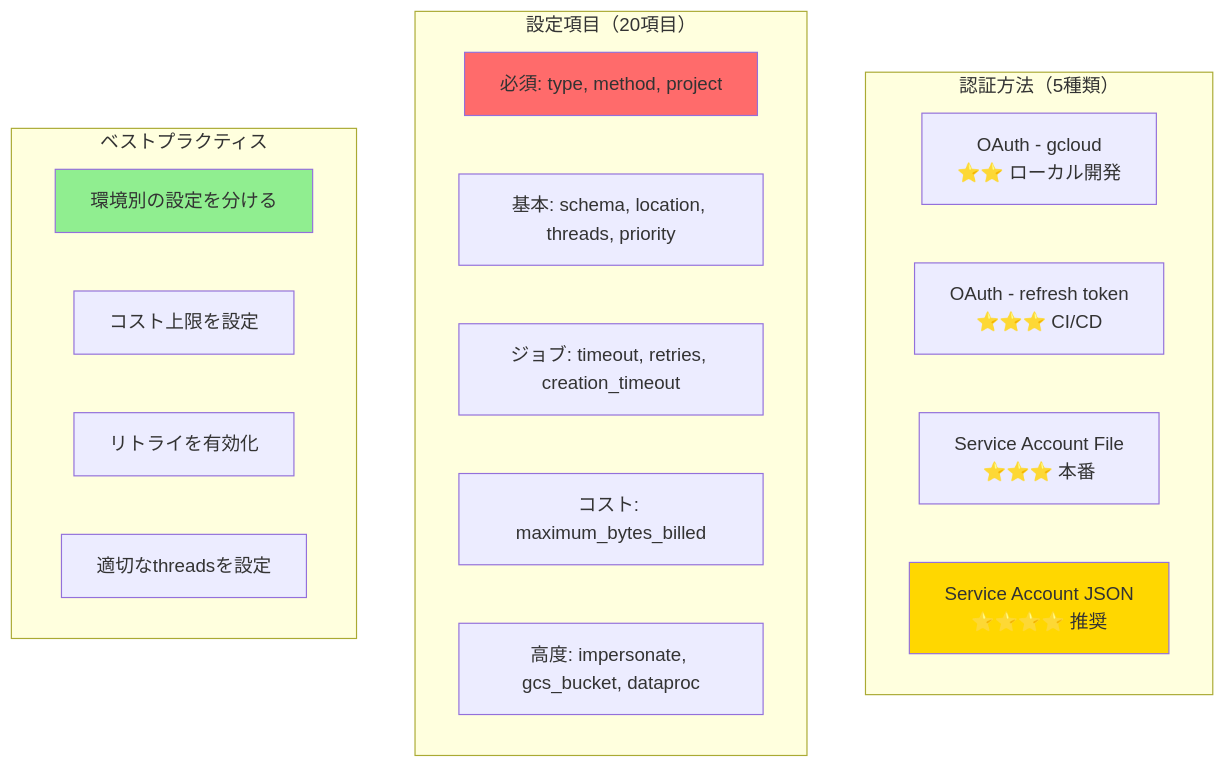
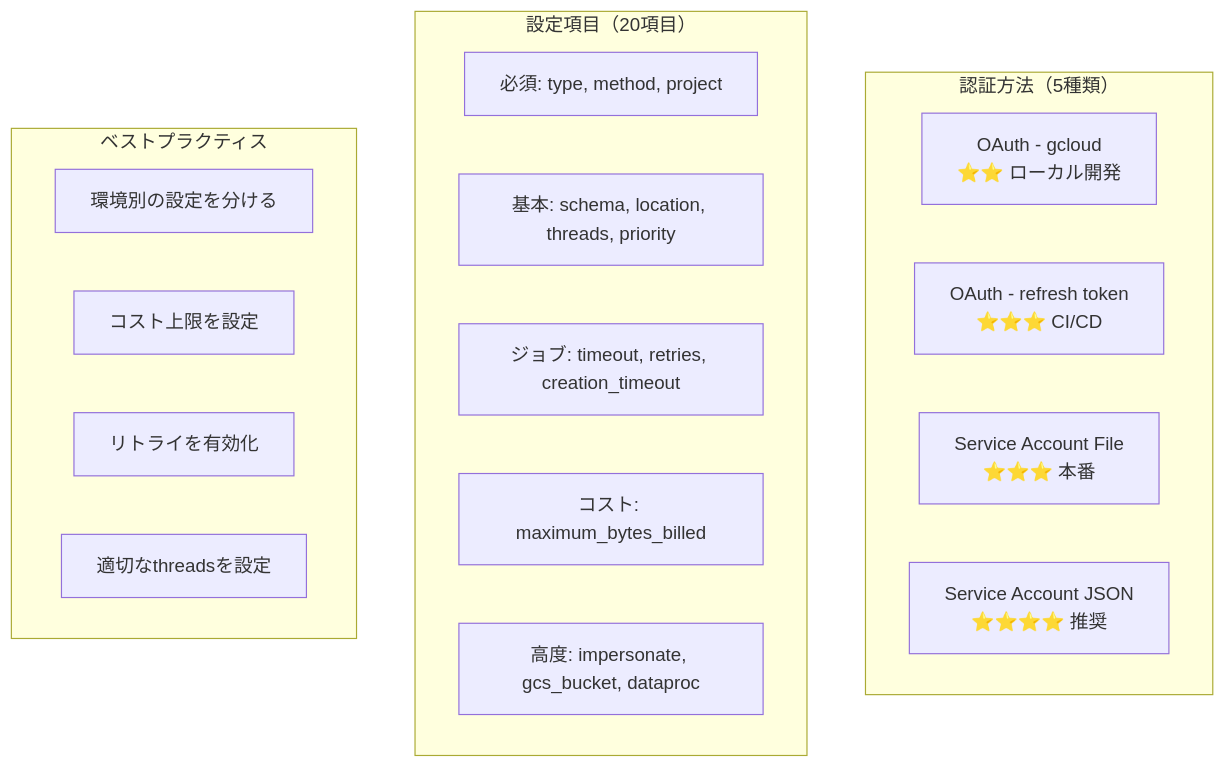
Before and after one commit to 1210yuichi0/1210yuichi0.github.io: the eighth of 8 diagrams in content/Tech/dbt/categories/bigquery-connection.md, drawn with Mermaid. The commit also changed other lines of this file and 22 other files, not shown here.

First line of the commit message:
style: remove Mermaid style directives for dark mode compatibility

````diff
--- a/content/Tech/dbt/categories/bigquery-connection.md
+++ b/content/Tech/dbt/categories/bigquery-connection.md
@@ -1509,28 +1496,25 @@
 ```mermaid
 flowchart TB
     subgraph "認証方法（5種類）"
         Auth1[OAuth - gcloud<br/>⭐⭐ ローカル開発]
         Auth2[OAuth - refresh token<br/>⭐⭐⭐ CI/CD]
         Auth3[Service Account File<br/>⭐⭐⭐ 本番]
         Auth4[Service Account JSON<br/>⭐⭐⭐⭐ 推奨]
     end
 
     subgraph "設定項目（20項目）"
         Required[必須: type, method, project]
         Basic[基本: schema, location, threads, priority]
         Job[ジョブ: timeout, retries, creation_timeout]
         Cost[コスト: maximum_bytes_billed]
         Advanced[高度: impersonate, gcs_bucket, dataproc]
     end
 
     subgraph "ベストプラクティス"
         BP1[環境別の設定を分ける]
         BP2[コスト上限を設定]
         BP3[リトライを有効化]
         BP4[適切なthreadsを設定]
     end
 
-    style Auth4 fill:#FFD700
-    style Required fill:#FF6B6B
-    style BP1 fill:#90EE90
 ```
````
